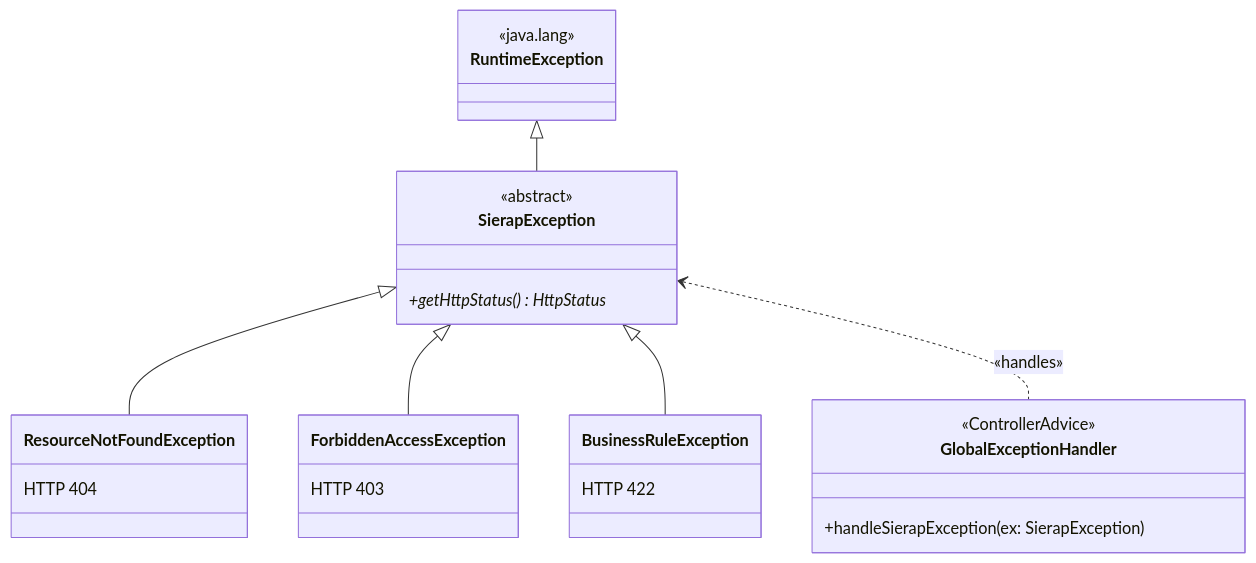
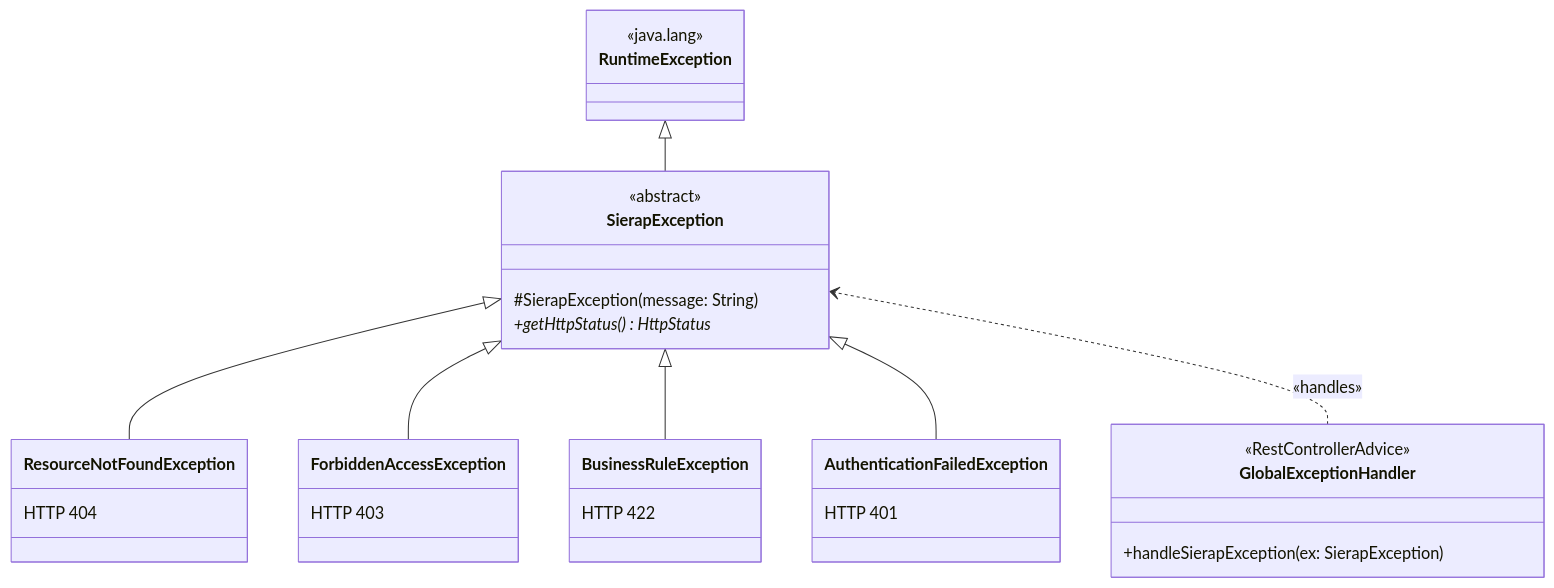
Before and after one commit to Oskarsito7/SIERAP: the third of 6 diagrams in docs/diagramas/diagrama_jerarquias.md, drawn with Mermaid. The commit also changed other lines of this file and 12 other files, not shown here.

First line of the commit message:
docs: regenerate the hierarchy and layer diagrams in English

````diff
--- a/docs/diagramas/diagrama_jerarquias.md
+++ b/docs/diagramas/diagrama_jerarquias.md
@@ -82,29 +128,34 @@
 ```mermaid
 classDiagram
 direction BT
 class RuntimeException {
   <<java.lang>>
 }
 class SierapException {
   <<abstract>>
+  #SierapException(message: String)
   +getHttpStatus()* HttpStatus
 }
 class GlobalExceptionHandler {
-  <<ControllerAdvice>>
+  <<RestControllerAdvice>>
   +handleSierapException(ex: SierapException)
 }
 class ResourceNotFoundException {
   HTTP 404
 }
 class ForbiddenAccessException {
   HTTP 403
 }
 class BusinessRuleException {
   HTTP 422
 }
+class AuthenticationFailedException {
+  HTTP 401
+}
 SierapException --|> RuntimeException
 ResourceNotFoundException --|> SierapException
 ForbiddenAccessException --|> SierapException
 BusinessRuleException --|> SierapException
+AuthenticationFailedException --|> SierapException
 GlobalExceptionHandler ..> SierapException : «handles»
 ```
````
